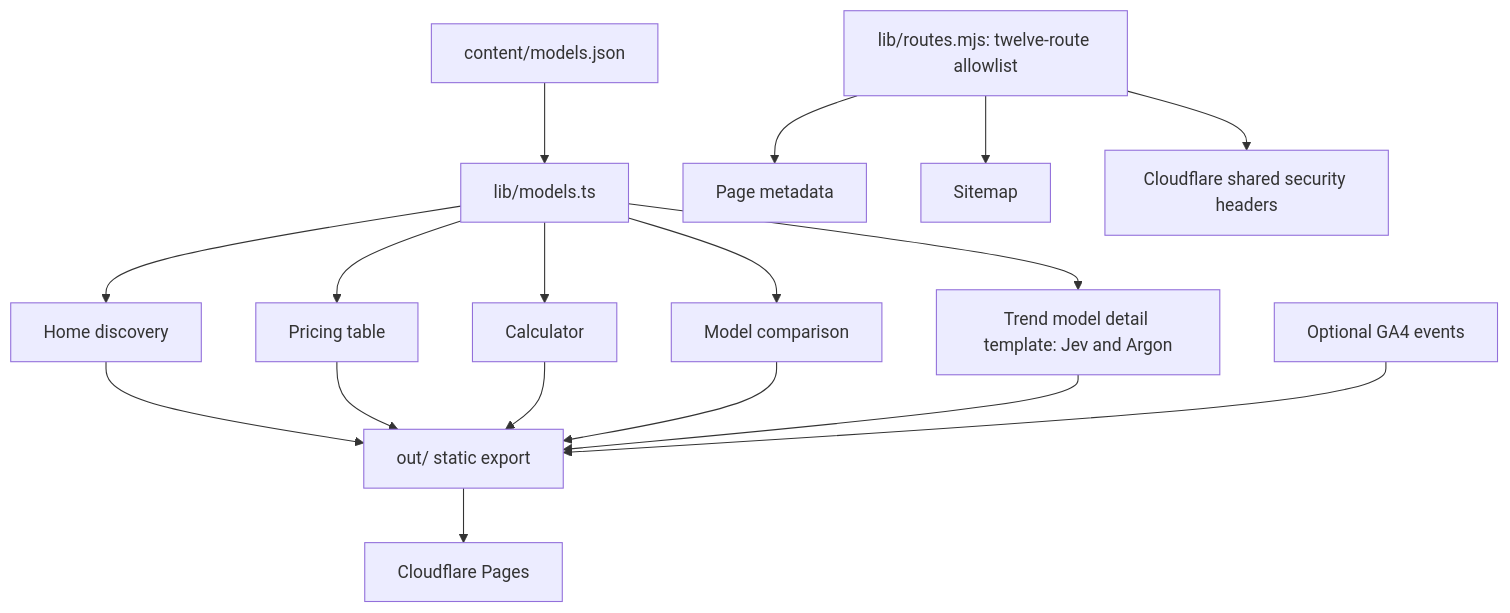
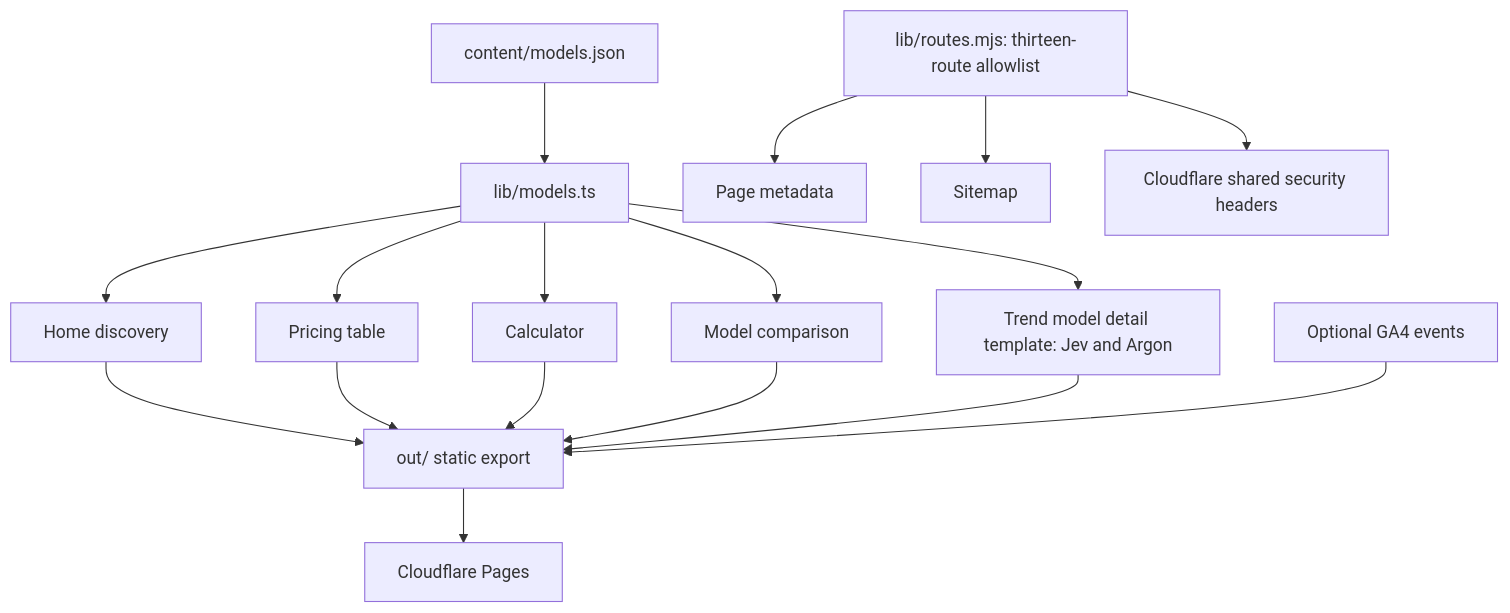
One commit to yubinhong/toolpilot changed the diagram in ARCHITECTURE.md. Above: the diagram before and after it, drawn with Mermaid. The commit also changed other lines of this file and 24 other files, not shown here.

````diff
--- a/ARCHITECTURE.md
+++ b/ARCHITECTURE.md
@@ -7,19 +7,19 @@
 ```mermaid
 flowchart TD
     M[content/models.json] --> L[lib/models.ts]
     L --> H[Home discovery]
     L --> P[Pricing table]
     L --> C[Calculator]
     L --> X[Model comparison]
     L --> J[Trend model detail template: Jev and Argon]
-    R[lib/routes.mjs: twelve-route allowlist] --> MD[Page metadata]
+    R[lib/routes.mjs: thirteen-route allowlist] --> MD[Page metadata]
     R --> SM[Sitemap]
     R --> AH[Cloudflare shared security headers]
     H --> O[out/ static export]
     P --> O
     C --> O
     X --> O
     J --> O
     O --> CF[Cloudflare Pages]
     GA[Optional GA4 events] --> O
 ```
````
